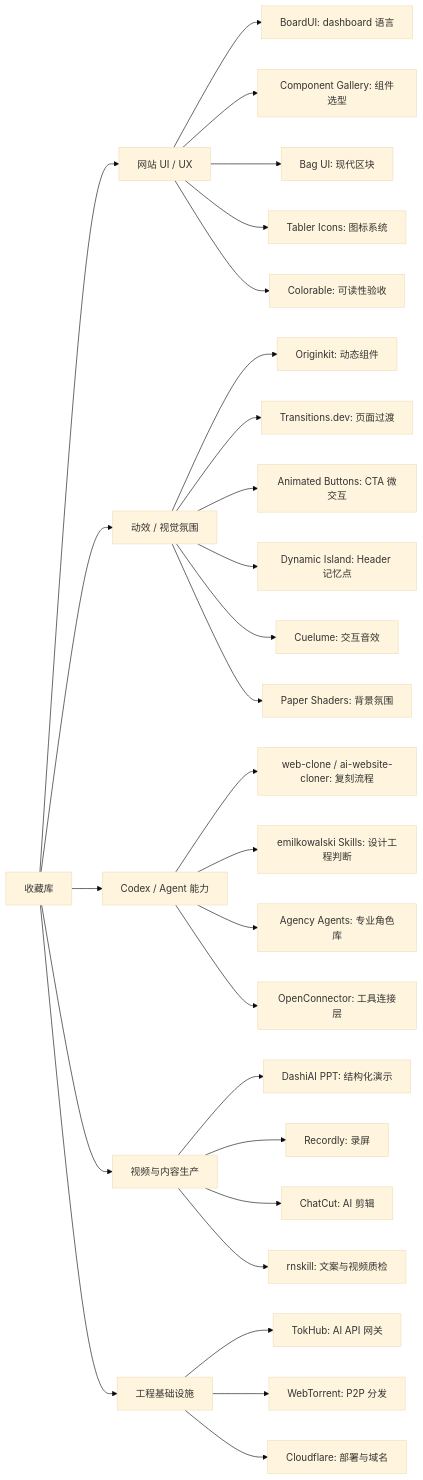
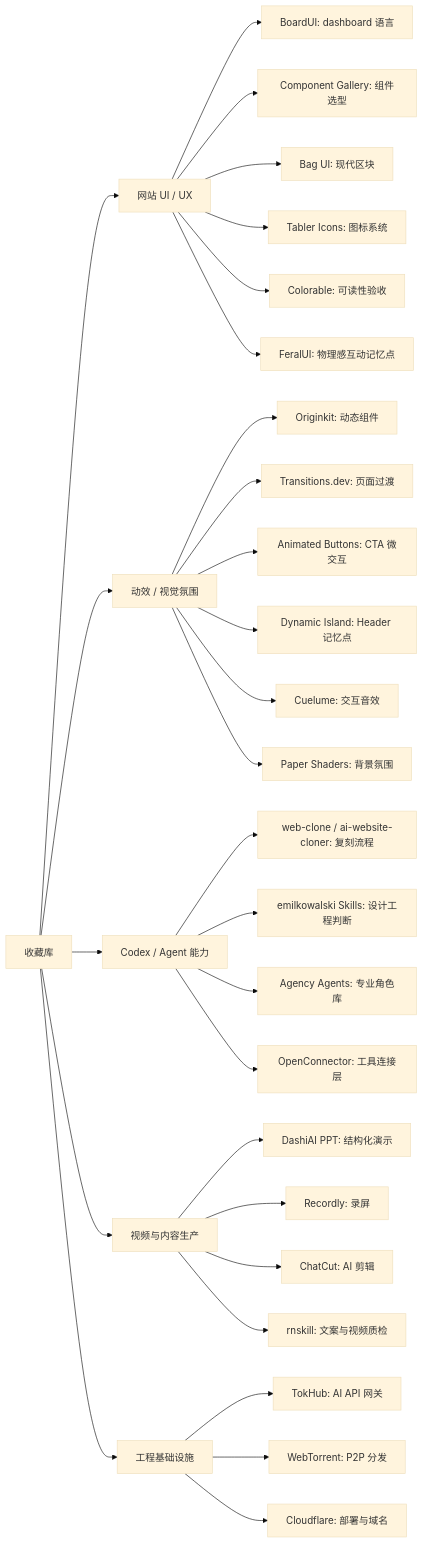
One commit to youfei0719/glint-vault changed the diagram in _索引/多媒体收藏地图.md. Above: the diagram before and after it, drawn with Mermaid (base theme). The commit also changed other lines of this file and 7 other files, not shown here.

````diff
--- a/_索引/多媒体收藏地图.md
+++ b/_索引/多媒体收藏地图.md
@@ -110,35 +112,36 @@
 ```mermaid
 flowchart LR
   A["收藏库"] --> B["网站 UI / UX"]
   A --> C["动效 / 视觉氛围"]
   A --> D["Codex / Agent 能力"]
   A --> E["视频与内容生产"]
   A --> F["工程基础设施"]
 
   B --> B1["BoardUI: dashboard 语言"]
   B --> B2["Component Gallery: 组件选型"]
   B --> B3["Bag UI: 现代区块"]
   B --> B4["Tabler Icons: 图标系统"]
   B --> B5["Colorable: 可读性验收"]
+  B --> B6["FeralUI: 物理感互动记忆点"]
 
   C --> C1["Originkit: 动态组件"]
   C --> C2["Transitions.dev: 页面过渡"]
   C --> C3["Animated Buttons: CTA 微交互"]
   C --> C4["Dynamic Island: Header 记忆点"]
   C --> C5["Cuelume: 交互音效"]
   C --> C6["Paper Shaders: 背景氛围"]
 
   D --> D1["web-clone / ai-website-cloner: 复刻流程"]
   D --> D2["emilkowalski Skills: 设计工程判断"]
   D --> D3["Agency Agents: 专业角色库"]
   D --> D4["OpenConnector: 工具连接层"]
 
   E --> E1["DashiAI PPT: 结构化演示"]
   E --> E2["Recordly: 录屏"]
   E --> E3["ChatCut: AI 剪辑"]
   E --> E4["rnskill: 文案与视频质检"]
 
   F --> F1["TokHub: AI API 网关"]
   F --> F2["WebTorrent: P2P 分发"]
   F --> F3["Cloudflare: 部署与域名"]
 ```
````
